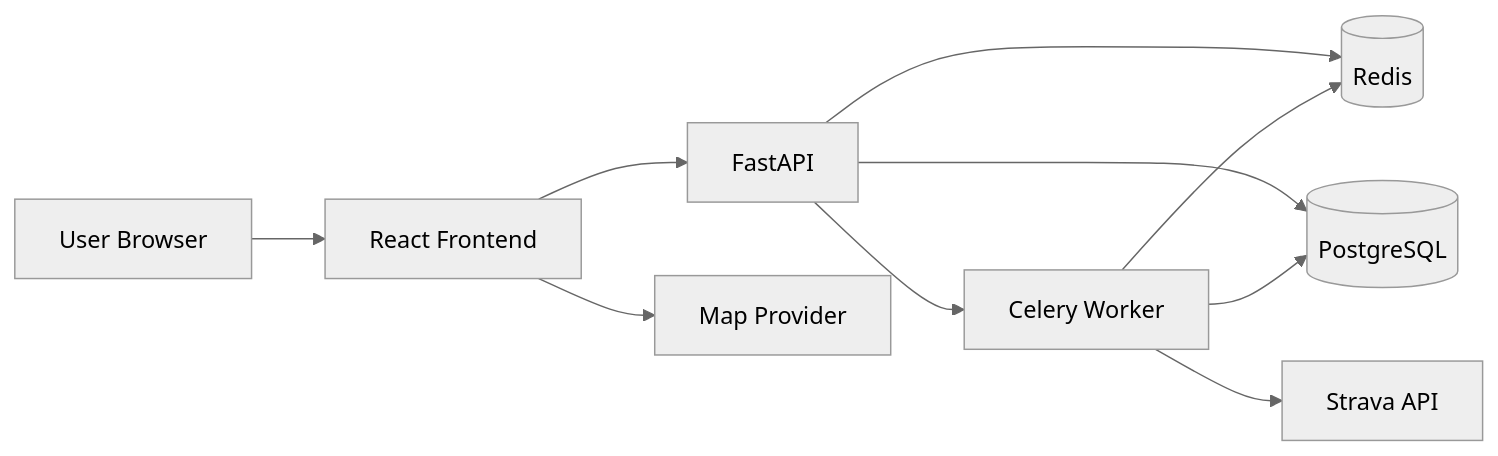
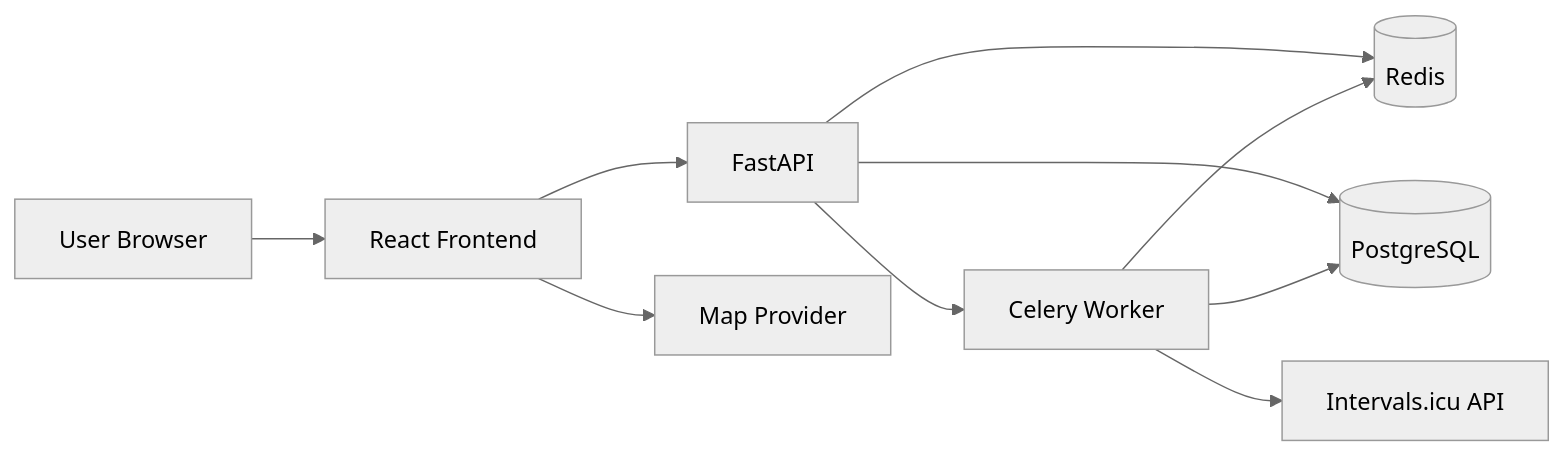
Before and after one commit to jirijanecek77/strava-insights: the first of 2 diagrams in docs/specification.md, drawn with Mermaid (neutral theme). The commit also changed other lines of this file and 64 other files, not shown here.

````diff
--- a/docs/specification.md
+++ b/docs/specification.md
@@ -101,12 +101,12 @@
 ```mermaid
 flowchart LR
     U[User Browser] --> FE[React Frontend]
     FE --> API[FastAPI]
     FE --> MAPY[Map Provider]
     API --> R[(Redis)]
     API --> DB[(PostgreSQL)]
     API --> W[Celery Worker]
-    W --> STRAVA[Strava API]
+    W --> INTERVALS[Intervals.icu API]
     W --> DB
     W --> R
 ```
````
